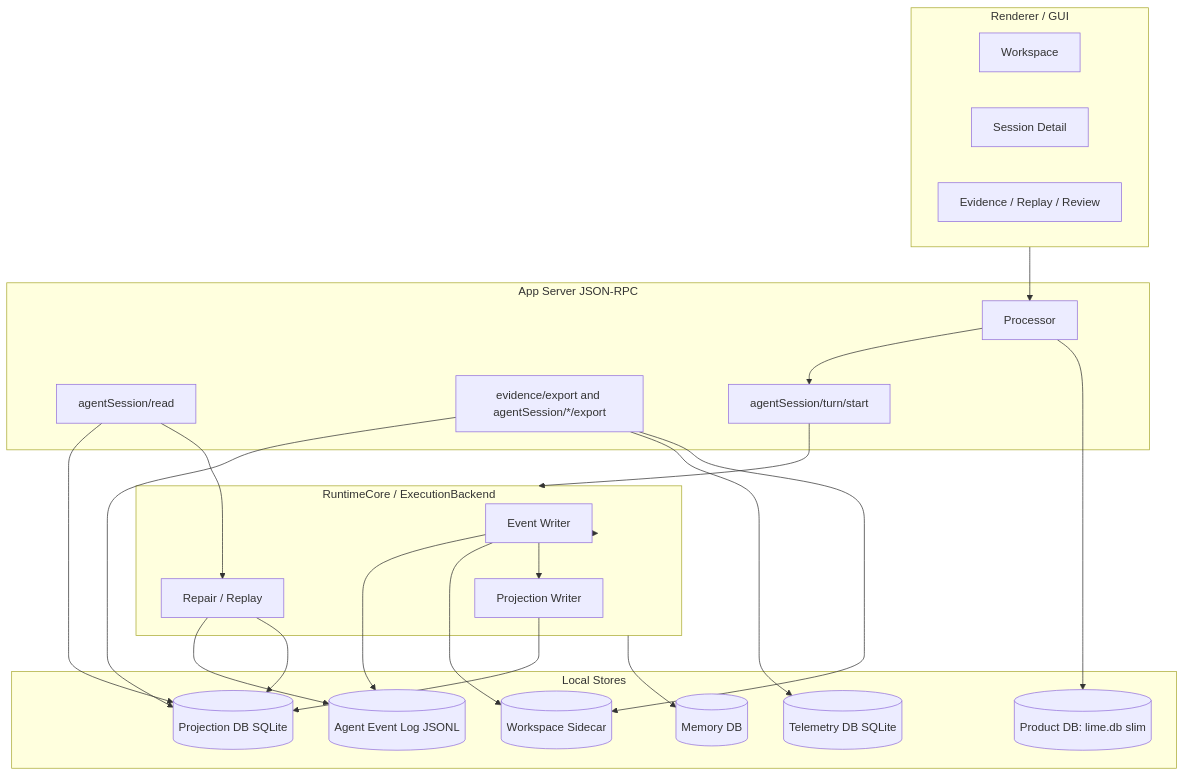
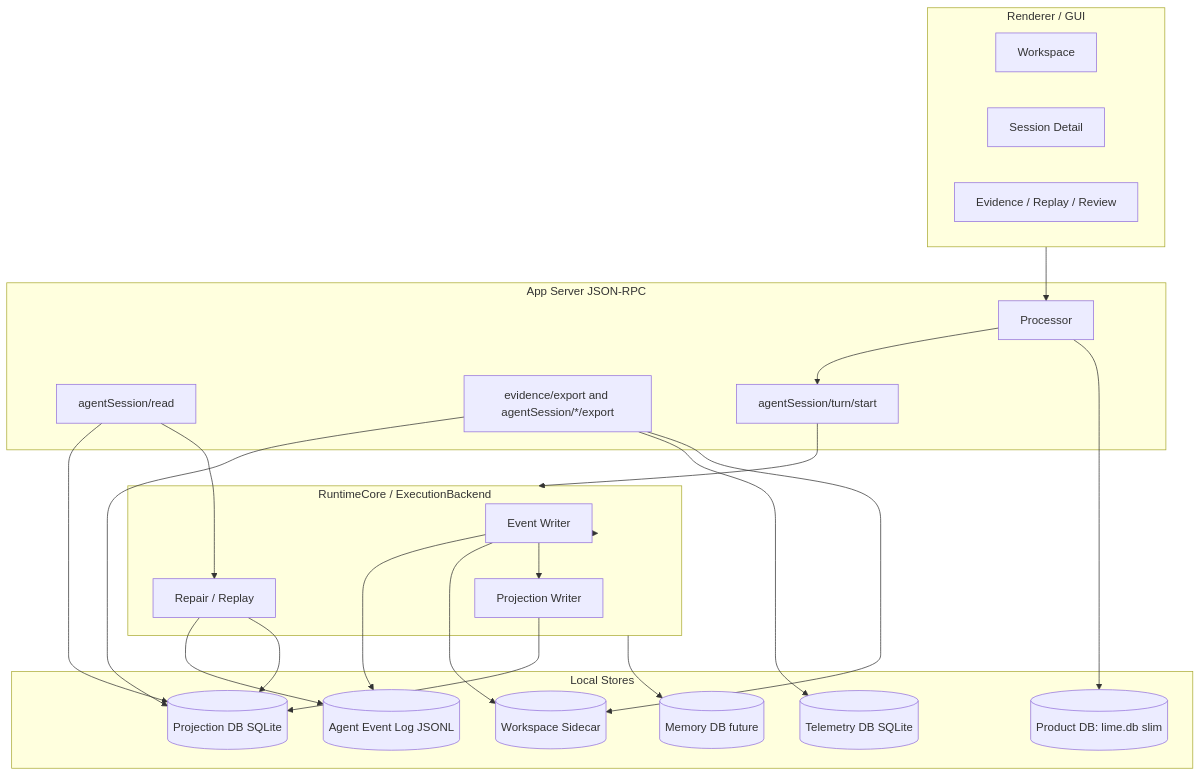
The first of 5 diagrams in internal/roadmap/db/prd.md (jiujuan/lime), drawn with Mermaid before and after one commit. The commit also changed other lines of this file and 342 other files, not shown here.

````diff
--- a/internal/roadmap/db/prd.md
+++ b/internal/roadmap/db/prd.md
@@ -134,48 +136,48 @@
 ```mermaid
 flowchart TB
   subgraph GUI[Renderer / GUI]
     Workspace[Workspace]
     SessionPanel[Session Detail]
     EvidencePanel[Evidence / Replay / Review]
   end
 
   subgraph AppServer[App Server JSON-RPC]
     Processor[Processor]
     ReadApi[agentSession/read]
     ExportApi[evidence/export and agentSession/*/export]
     TurnApi[agentSession/turn/start]
   end
 
   subgraph Runtime[RuntimeCore / ExecutionBackend]
     EventWriter[Event Writer]
     ProjectionWriter[Projection Writer]
     Repair[Repair / Replay]
   end
 
   subgraph Stores[Local Stores]
     ProductDb[(Product DB: lime.db slim)]
     EventLog[(Agent Event Log JSONL)]
     ProjectionDb[(Projection DB SQLite)]
     TelemetryDb[(Telemetry DB SQLite)]
     Sidecar[(Workspace Sidecar)]
-    MemoryDb[(Memory DB)]
+    MemoryDb[(Memory DB future)]
   end
 
   GUI --> Processor
   Processor --> TurnApi
   TurnApi --> Runtime
   Runtime --> EventWriter
   EventWriter --> EventLog
   EventWriter --> Sidecar
   EventWriter --> ProjectionWriter
   ProjectionWriter --> ProjectionDb
   ReadApi --> ProjectionDb
   ReadApi --> Repair
   Repair --> EventLog
   Repair --> ProjectionDb
   ExportApi --> ProjectionDb
   ExportApi --> TelemetryDb
   ExportApi --> Sidecar
   Processor --> ProductDb
   Runtime --> MemoryDb
 ```
````
